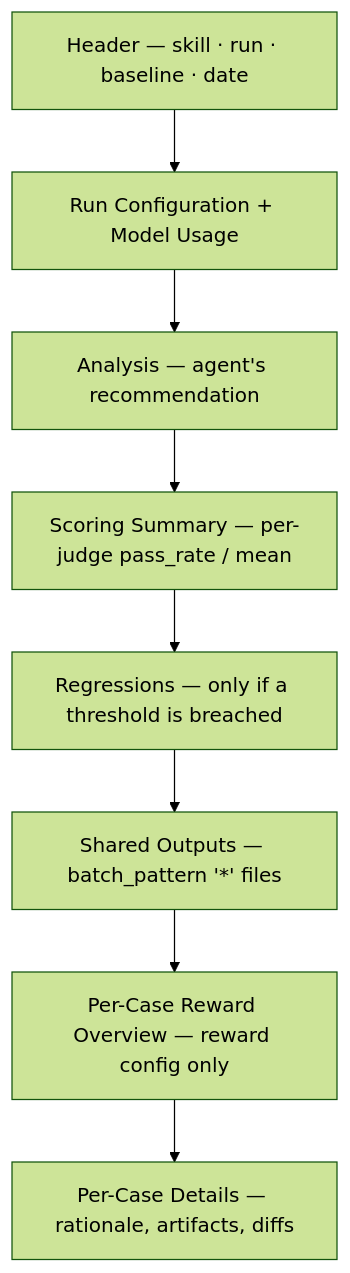
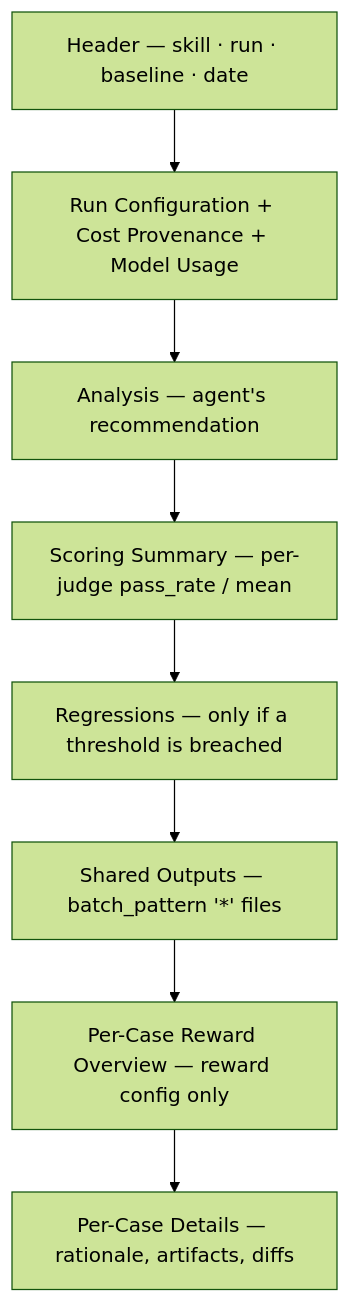
Before and after one commit to opendatahub-io/agent-eval-harness: the diagram in website/get-started/reading-the-report.md, drawn with Mermaid (forest theme). The commit also changed other lines of this file and 31 other files, not shown here.

````diff
--- a/website/get-started/reading-the-report.md
+++ b/website/get-started/reading-the-report.md
@@ -45,10 +45,10 @@
 ```mermaid
 flowchart TD
-    H[Header — skill · run · baseline · date] --> RC[Run Configuration + Model Usage]
+    H[Header — skill · run · baseline · date] --> RC[Run Configuration + Cost Provenance + Model Usage]
     RC --> AN[Analysis — agent's recommendation]
     AN --> SS[Scoring Summary — per-judge pass_rate / mean]
     SS --> RG[Regressions — only if a threshold is breached]
     RG --> SO[Shared Outputs — batch_pattern '*' files]
     SO --> RO["Per-Case Reward Overview — reward config only"]
     RO --> PC[Per-Case Details — rationale, artifacts, diffs]
 ```
````
